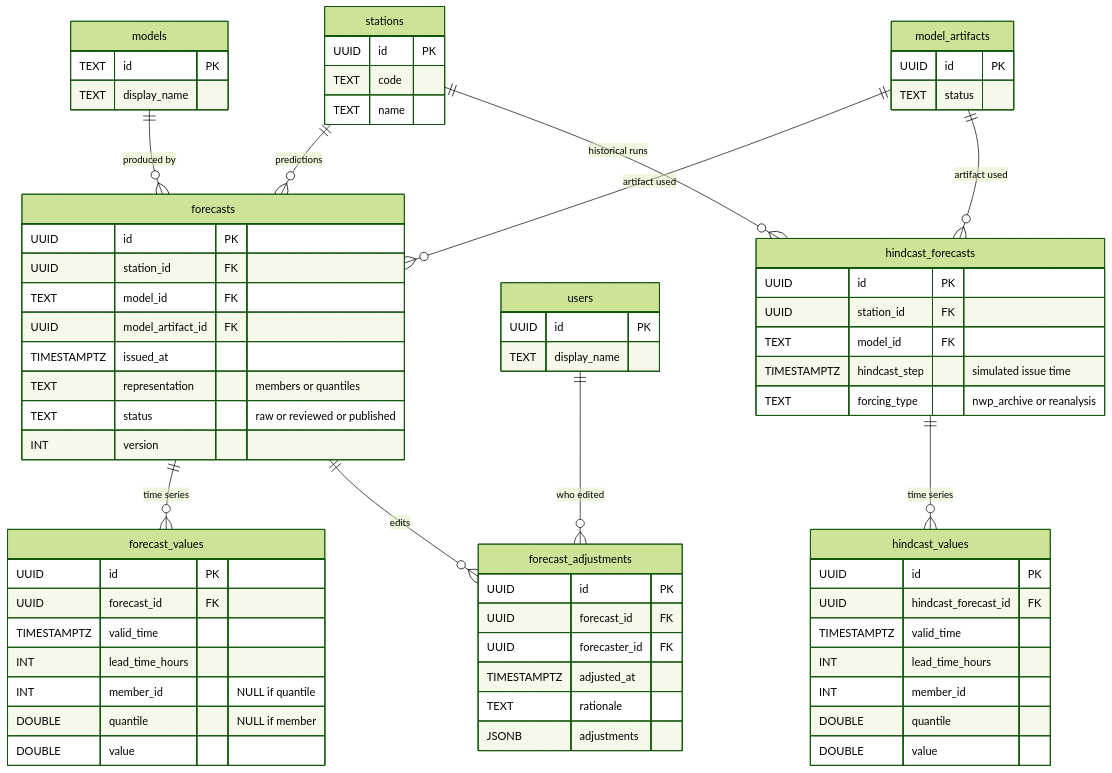
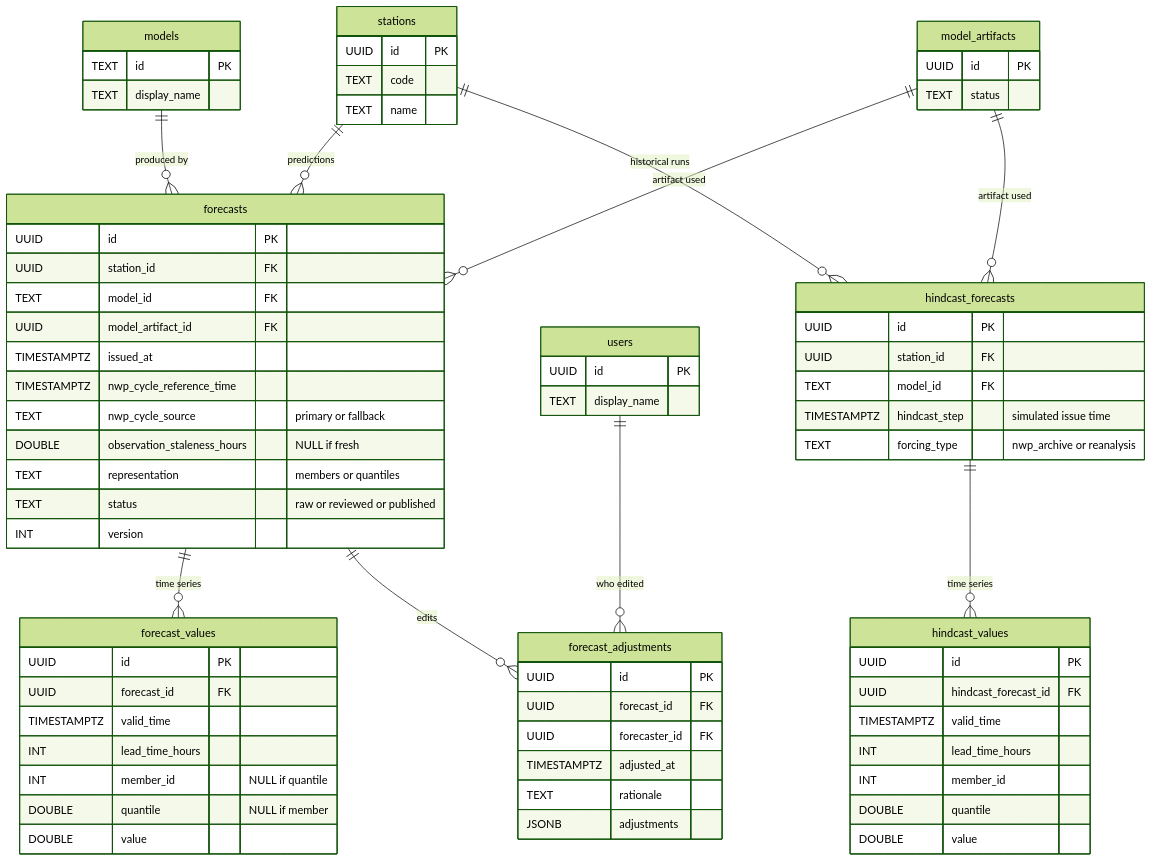
One commit to hydrosolutions/SAPPHIRE_flow changed the fifth of 8 diagrams in docs/handover/data-model.md. Above: the diagram before and after it, drawn with Mermaid (forest theme). The commit also changed other lines of this file and 3 other files, not shown here.

First line of the commit message:
docs: sync data-model.md and database-schema.md with implementation

```diff
--- a/docs/handover/data-model.md
+++ b/docs/handover/data-model.md
@@ -376,6 +415,9 @@
         TEXT model_id FK
         UUID model_artifact_id FK
         TIMESTAMPTZ issued_at
+        TIMESTAMPTZ nwp_cycle_reference_time
+        TEXT nwp_cycle_source "primary or fallback"
+        DOUBLE observation_staleness_hours "NULL if fresh"
         TEXT representation "members or quantiles"
         TEXT status "raw or reviewed or published"
         INT version
```
